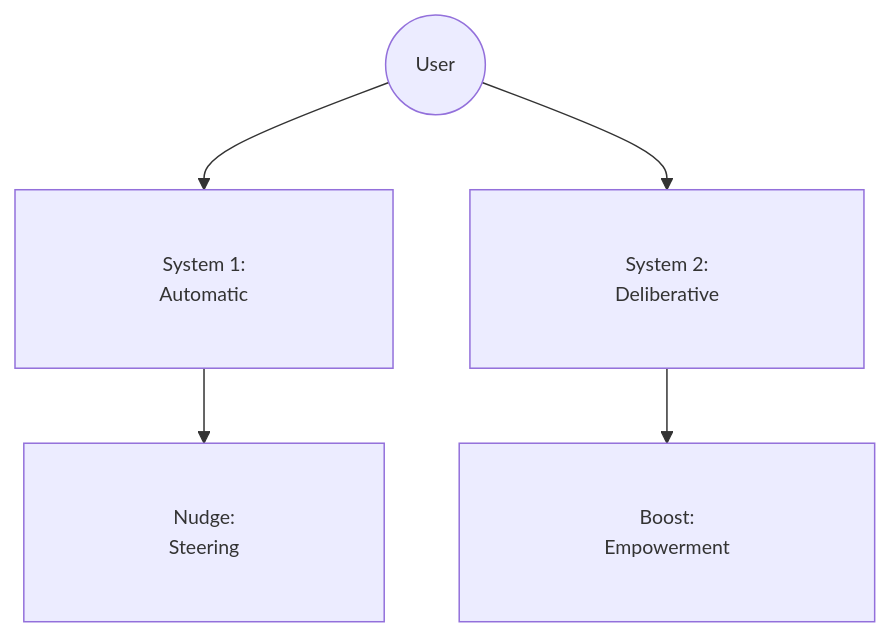
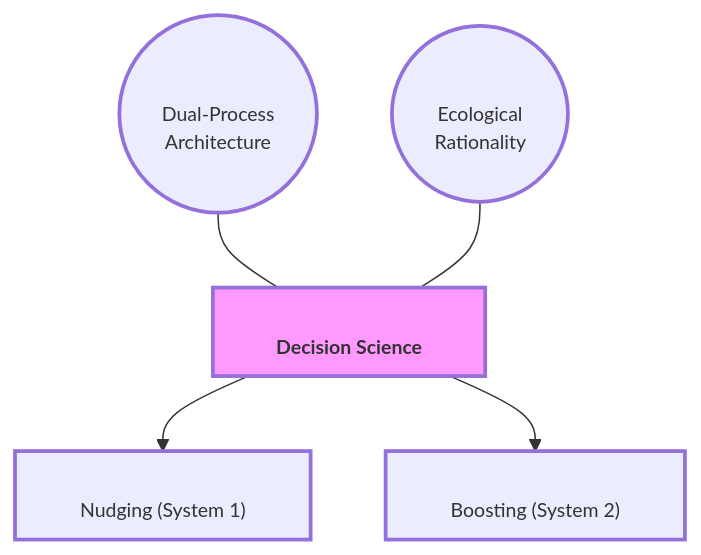
The fifth of 8 diagrams in Communication_Influence/Mastery_Guide_SOW_BS033.md (GM024/CourseSummaries), drawn with Mermaid before and after one commit. The commit also changed other lines of this file, not shown here.

Commit message:
Final Visual Overhaul: Sandbox padding, APA metadata, and thickened borders

````diff
--- a/Communication_Influence/Mastery_Guide_SOW_BS033.md
+++ b/Communication_Influence/Mastery_Guide_SOW_BS033.md
@@ -140,8 +130,14 @@
 ```mermaid
-%%{init: {'flowchart': {'padding': 40}, 'themeVariables': { 'fontSize': '13px' }}}%%
+%%{init: { 'flowchart': { 'padding': 10 }, 'themeVariables': { 'fontSize': '13px' }}}%%
 graph TD
-    User((User)) --> S1["&nbsp;&nbsp;&nbsp;&nbsp; System 1: &nbsp;&nbsp;&nbsp;&nbsp;<br/>&nbsp;&nbsp;&nbsp;&nbsp; Automatic &nbsp;&nbsp;&nbsp;&nbsp;"]
-    User --> S2["&nbsp;&nbsp;&nbsp;&nbsp; System 2: &nbsp;&nbsp;&nbsp;&nbsp;<br/>&nbsp;&nbsp;&nbsp;&nbsp; Deliberative &nbsp;&nbsp;&nbsp;&nbsp;"]
-    S1 --> Nudge["&nbsp;&nbsp;&nbsp;&nbsp; Nudge: &nbsp;&nbsp;&nbsp;&nbsp;<br/>&nbsp;&nbsp;&nbsp;&nbsp; Steering &nbsp;&nbsp;&nbsp;&nbsp;"]
-    S2 --> Boost["&nbsp;&nbsp;&nbsp;&nbsp; Boost: &nbsp;&nbsp;&nbsp;&nbsp;<br/>&nbsp;&nbsp;&nbsp;&nbsp; Empowerment &nbsp;&nbsp;&nbsp;&nbsp;"]
+    Hub["<br/>&nbsp;&nbsp;&nbsp;&nbsp;&nbsp;&nbsp; Decision Science &nbsp;&nbsp;&nbsp;&nbsp;&nbsp;&nbsp;<br/>"]:::hubNode
+    
+    S1(("<br/>&nbsp;&nbsp;&nbsp;&nbsp;&nbsp;&nbsp; Dual-Process &nbsp;&nbsp;&nbsp;&nbsp;&nbsp;&nbsp;<br/>&nbsp;&nbsp;&nbsp;&nbsp;&nbsp;&nbsp; Architecture &nbsp;&nbsp;&nbsp;&nbsp;&nbsp;&nbsp;<br/>")) --- Hub
+    S2(("<br/>&nbsp;&nbsp;&nbsp;&nbsp;&nbsp;&nbsp; Ecological &nbsp;&nbsp;&nbsp;&nbsp;&nbsp;&nbsp;<br/>&nbsp;&nbsp;&nbsp;&nbsp;&nbsp;&nbsp; Rationality &nbsp;&nbsp;&nbsp;&nbsp;&nbsp;&nbsp;<br/>")) --- Hub
+    
+    Hub --> B1["<br/>&nbsp;&nbsp;&nbsp;&nbsp;&nbsp;&nbsp; Nudging (System 1) &nbsp;&nbsp;&nbsp;&nbsp;&nbsp;&nbsp;<br/>"]
+    Hub --> B2["<br/>&nbsp;&nbsp;&nbsp;&nbsp;&nbsp;&nbsp; Boosting (System 2) &nbsp;&nbsp;&nbsp;&nbsp;&nbsp;&nbsp;<br/>"]
+    
+    classDef hubNode font-weight:bold,stroke-width:2.5px,fill:#f9f;
+    classDef default stroke-width:2.5px;
 ```
````
